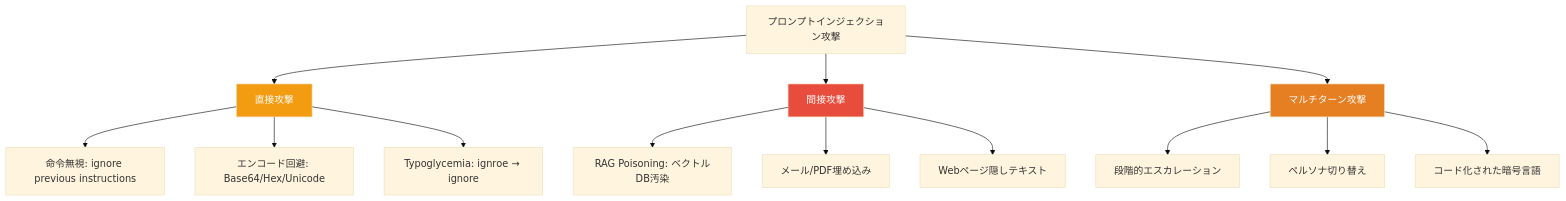
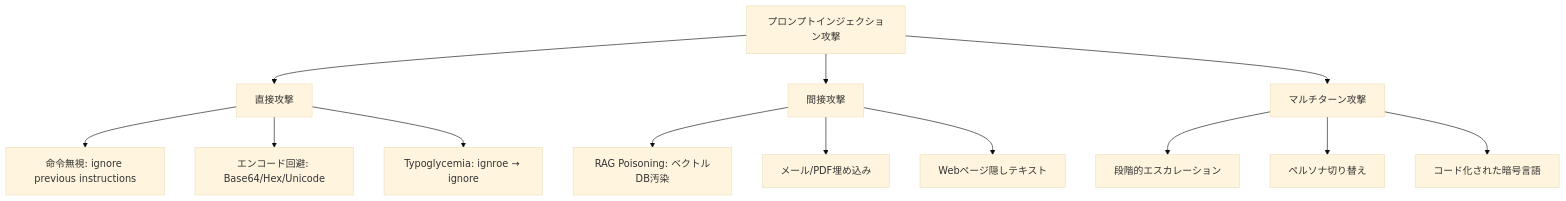
The first of 3 diagrams in articles/4d161bc6646df4.md (0h-n0/zenn-contents), drawn with Mermaid (base theme) before and after one commit. The commit also changed other lines of this file and 13 other files, not shown here.

First line of the commit message:
fix: Mermaidダイアグラムのカスタムスタイル(fill/stroke/color)を削除

````diff
--- a/articles/4d161bc6646df4.md
+++ b/articles/4d161bc6646df4.md
@@ -42,22 +42,19 @@
 ```mermaid
 graph TB
     A[プロンプトインジェクション攻撃] --> B[直接攻撃]
     A --> C[間接攻撃]
     A --> D[マルチターン攻撃]
 
     B --> B1["命令無視: ignore previous instructions"]
     B --> B2["エンコード回避: Base64/Hex/Unicode"]
     B --> B3["Typoglycemia: ignroe → ignore"]
 
     C --> C1["RAG Poisoning: ベクトルDB汚染"]
     C --> C2["メール/PDF埋め込み"]
     C --> C3["Webページ隠しテキスト"]
 
     D --> D1["段階的エスカレーション"]
     D --> D2["ペルソナ切り替え"]
     D --> D3["コード化された暗号言語"]
 
-    style C fill:#e74c3c,color:#fff
-    style D fill:#e67e22,color:#fff
-    style B fill:#f39c12,color:#fff
 ```
````
